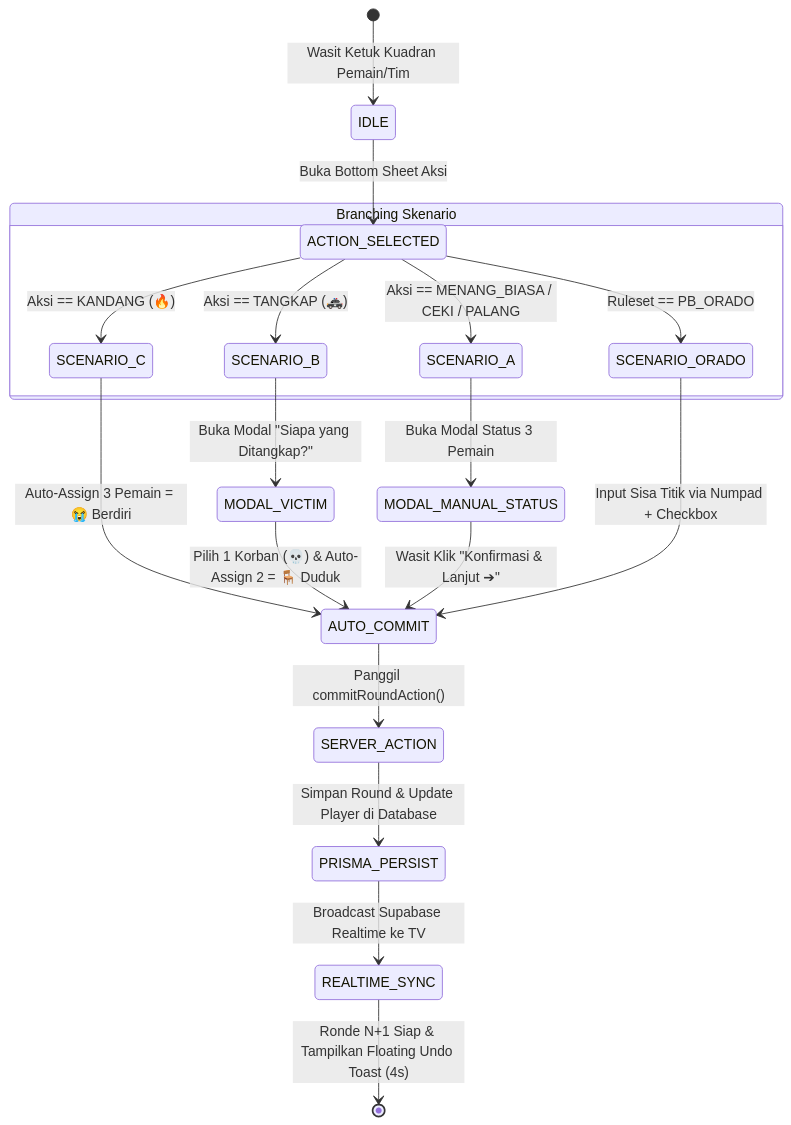
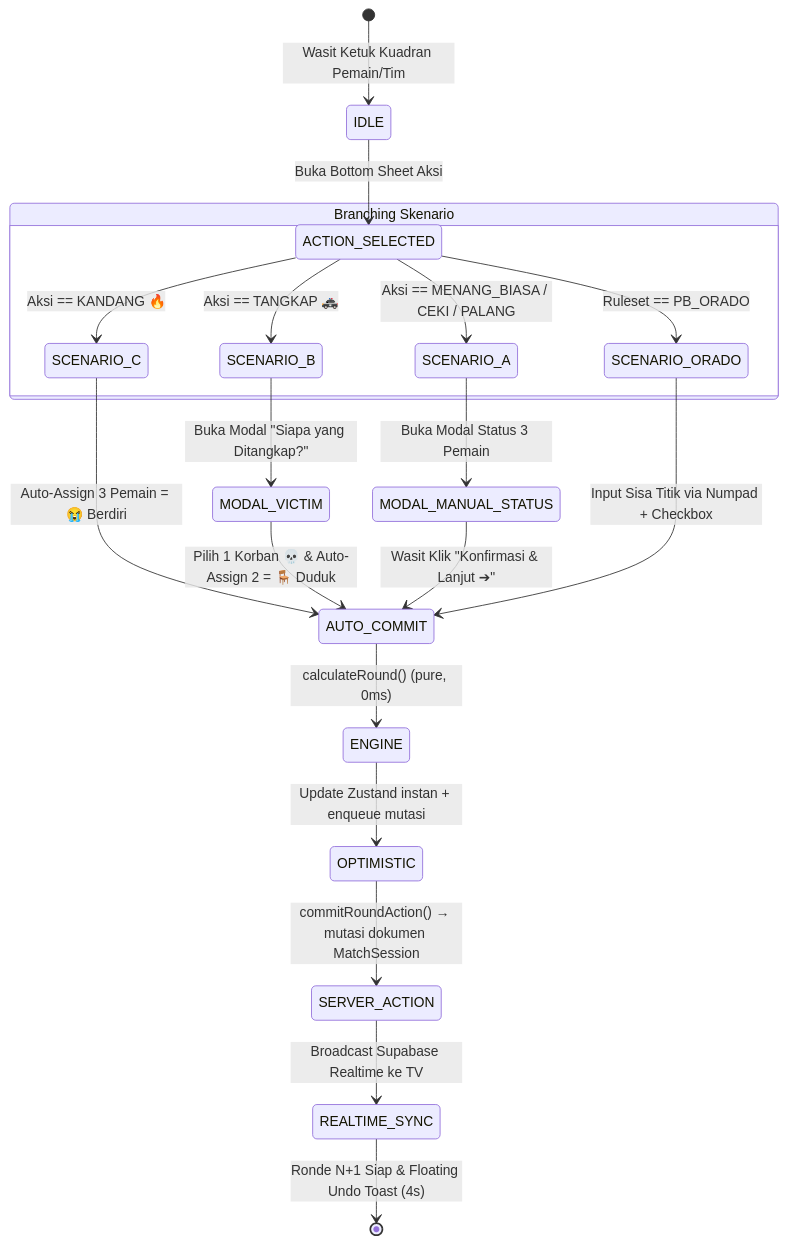
One commit to azwaranas23/siredom changed the third of 3 diagrams in docs/ARCHITECTURE.md. Above: the diagram before and after it, drawn with Mermaid. The commit also changed other lines of this file and 45 other files, not shown here.

````diff
--- a/docs/ARCHITECTURE.md
+++ b/docs/ARCHITECTURE.md
@@ -178,24 +209,25 @@
 ```mermaid
 stateDiagram-v2
     [*] --> IDLE : Wasit Ketuk Kuadran Pemain/Tim
     IDLE --> ACTION_SELECTED : Buka Bottom Sheet Aksi
 
     state "Branching Skenario" as SCENARIOS {
-        ACTION_SELECTED --> SCENARIO_C : Aksi == KANDANG (🔥)
-        ACTION_SELECTED --> SCENARIO_B : Aksi == TANGKAP (🚓)
+        ACTION_SELECTED --> SCENARIO_C : Aksi == KANDANG 🔥
+        ACTION_SELECTED --> SCENARIO_B : Aksi == TANGKAP 🚓
         ACTION_SELECTED --> SCENARIO_A : Aksi == MENANG_BIASA / CEKI / PALANG
         ACTION_SELECTED --> SCENARIO_ORADO : Ruleset == PB_ORADO
     }
 
     SCENARIO_C --> AUTO_COMMIT : Auto-Assign 3 Pemain = 😭 Berdiri
     SCENARIO_B --> MODAL_VICTIM : Buka Modal "Siapa yang Ditangkap?"
-    MODAL_VICTIM --> AUTO_COMMIT : Pilih 1 Korban (💀) & Auto-Assign 2 = 🪑 Duduk
+    MODAL_VICTIM --> AUTO_COMMIT : Pilih 1 Korban 💀 & Auto-Assign 2 = 🪑 Duduk
     SCENARIO_A --> MODAL_MANUAL_STATUS : Buka Modal Status 3 Pemain
     MODAL_MANUAL_STATUS --> AUTO_COMMIT : Wasit Klik "Konfirmasi & Lanjut ➔"
     SCENARIO_ORADO --> AUTO_COMMIT : Input Sisa Titik via Numpad + Checkbox
 
-    AUTO_COMMIT --> SERVER_ACTION : Panggil commitRoundAction()
-    SERVER_ACTION --> PRISMA_PERSIST : Simpan Round & Update Player di Database
-    PRISMA_PERSIST --> REALTIME_SYNC : Broadcast Supabase Realtime ke TV
-    REALTIME_SYNC --> [*] : Ronde N+1 Siap & Tampilkan Floating Undo Toast (4s)
+    AUTO_COMMIT --> ENGINE : calculateRound() (pure, 0ms)
+    ENGINE --> OPTIMISTIC : Update Zustand instan + enqueue mutasi
+    OPTIMISTIC --> SERVER_ACTION : commitRoundAction() → mutasi dokumen MatchSession
+    SERVER_ACTION --> REALTIME_SYNC : Broadcast Supabase Realtime ke TV
+    REALTIME_SYNC --> [*] : Ronde N+1 Siap & Floating Undo Toast (4s)
 ```
````
